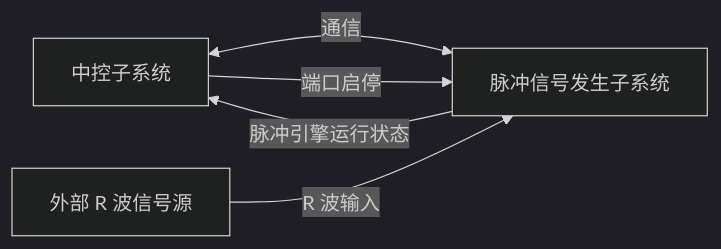
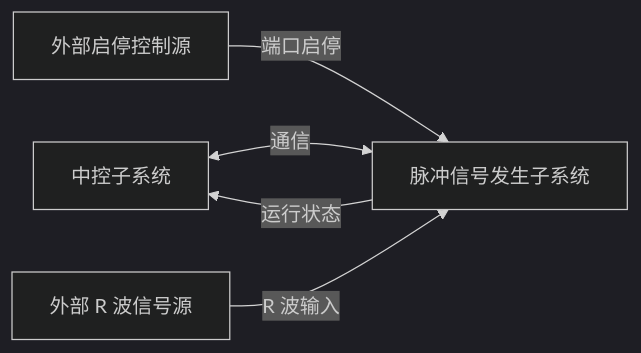
The first of 2 diagrams in docs/syrs/psg-subsystem-requirements.md (zhengjy926/pfa-psg), drawn with Mermaid (dark theme) before and after one commit. The commit also changed other lines of this file and 3 other files, not shown here.

````diff
--- a/docs/syrs/psg-subsystem-requirements.md
+++ b/docs/syrs/psg-subsystem-requirements.md
@@ -19,11 +19,12 @@
 ```mermaid
 flowchart LR
     host["中控子系统"]
     rwave["外部 R 波信号源"]
     psg["脉冲信号发生子系统"]
 
     host <-->|通信| psg
-    host -->|端口启停| psg
-    psg -->|脉冲引擎运行状态| host
+    port["外部启停控制源"]
+    port -->|端口启停| psg
+    psg -->|运行状态| host
     rwave -->|R 波输入| psg
 ```
````
